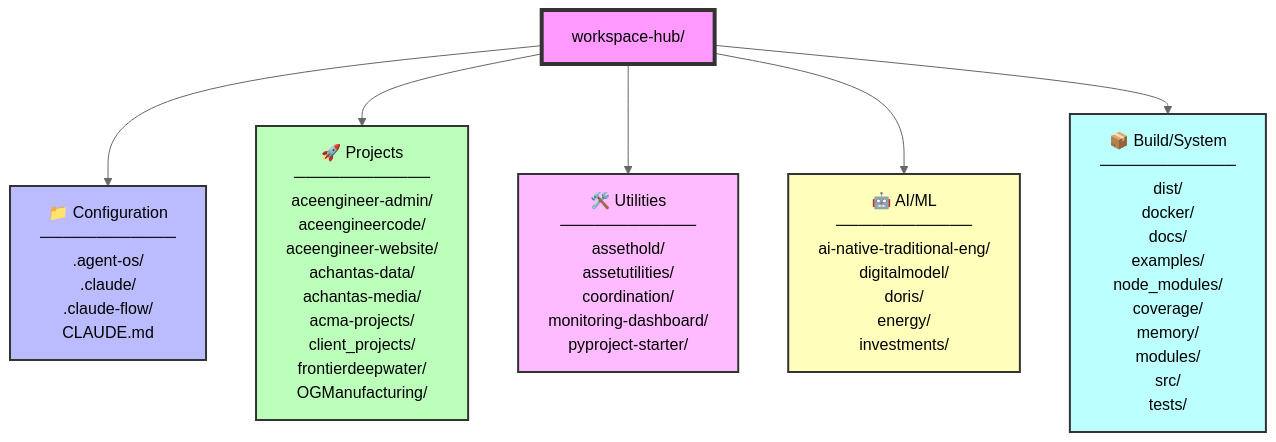
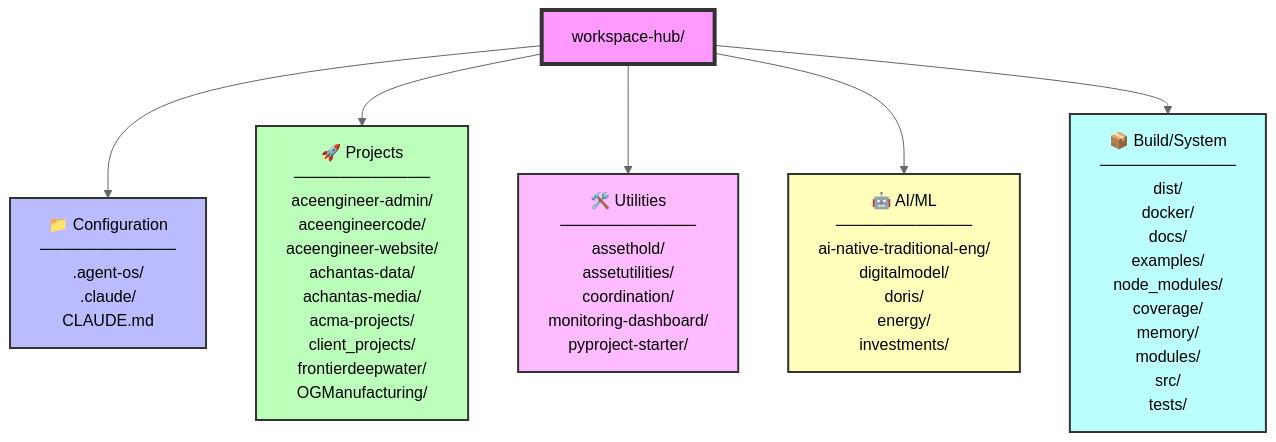
Before and after one commit to vamseeachanta/workspace-hub: the first of 6 diagrams in docs/modules/ai-native/workspace-hub-structure.md, drawn with Mermaid (neutral theme). The commit also changed other lines of this file, not shown here.

Commit message:
chore(cleanup): purge .claude-flow remnants from docs and submodule pointers — WRK-200 Phase 3a
Remove .claude-flow/ from workspace-hub-structure.md diagram and key
directory list. Update assetutilities and frontierdeepwater submodule
pointers to post-cleanup commits.

````diff
--- a/docs/modules/ai-native/workspace-hub-structure.md
+++ b/docs/modules/ai-native/workspace-hub-structure.md
@@ -8,21 +8,21 @@
 ```mermaid
 graph TB
     WH[workspace-hub/]
 
-    WH --> CONF["📁 Configuration<br/>────────────<br/>.agent-os/<br/>.claude/<br/>.claude-flow/<br/>CLAUDE.md"]
+    WH --> CONF["📁 Configuration<br/>────────────<br/>.agent-os/<br/>.claude/<br/>CLAUDE.md"]
 
     WH --> PROJ["🚀 Projects<br/>────────────<br/>aceengineer-admin/<br/>aceengineercode/<br/>aceengineer-website/<br/>achantas-data/<br/>achantas-media/<br/>acma-projects/<br/>client_projects/<br/>frontierdeepwater/<br/>OGManufacturing/"]
 
     WH --> UTIL["🛠️ Utilities<br/>────────────<br/>assethold/<br/>assetutilities/<br/>coordination/<br/>monitoring-dashboard/<br/>pyproject-starter/"]
 
     WH --> AIML["🤖 AI/ML<br/>────────────<br/>ai-native-traditional-eng/<br/>digitalmodel/<br/>doris/<br/>energy/<br/>investments/"]
 
     WH --> BUILD["📦 Build/System<br/>────────────<br/>dist/<br/>docker/<br/>docs/<br/>examples/<br/>node_modules/<br/>coverage/<br/>memory/<br/>modules/<br/>src/<br/>tests/"]
 
     style WH fill:#f9f,stroke:#333,stroke-width:4px
     style CONF fill:#bbf,stroke:#333,stroke-width:2px
     style PROJ fill:#bfb,stroke:#333,stroke-width:2px
     style UTIL fill:#fbf,stroke:#333,stroke-width:2px
     style AIML fill:#ffb,stroke:#333,stroke-width:2px
     style BUILD fill:#bff,stroke:#333,stroke-width:2px
 ```
````
